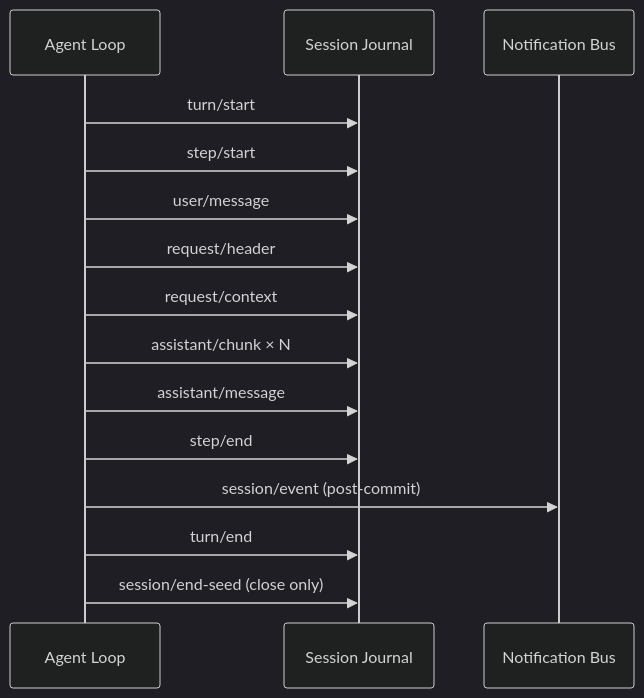
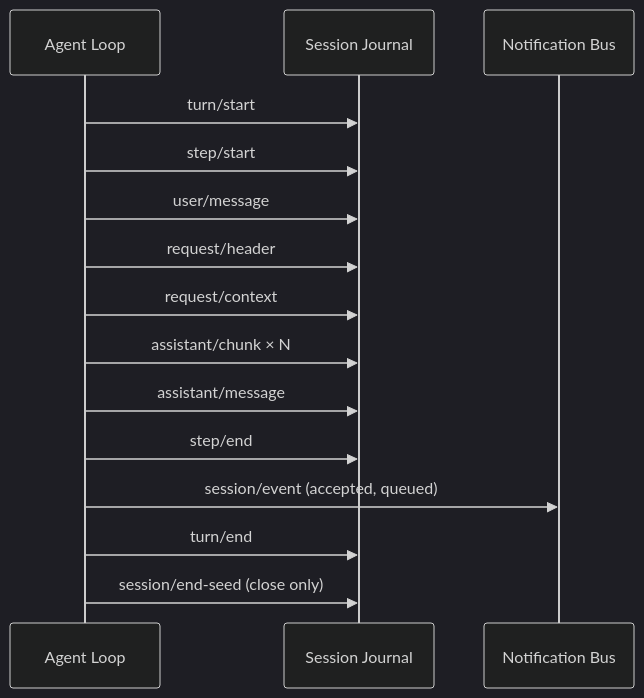
Before and after one commit to WakeUp-Jin/actspace-agent: the first of 2 diagrams in docs/design-docs/agent-plugin-runtime/agent-spec-dsh-event-model.md, drawn with Mermaid (dark theme). The commit also changed other lines of this file and 45 other files, not shown here.

````diff
--- a/docs/design-docs/agent-plugin-runtime/agent-spec-dsh-event-model.md
+++ b/docs/design-docs/agent-plugin-runtime/agent-spec-dsh-event-model.md
@@ -52,17 +55,17 @@
 ```mermaid
 sequenceDiagram
     participant A as Agent Loop
     participant J as Session Journal
     participant N as Notification Bus
     A->>J: turn/start
     A->>J: step/start
     A->>J: user/message
     A->>J: request/header
     A->>J: request/context
     A->>J: assistant/chunk × N
     A->>J: assistant/message
     A->>J: step/end
-    A->>N: session/event (post-commit)
+    A->>N: session/event (accepted, queued)
     A->>J: turn/end
     A->>J: session/end-seed (close only)
 ```
````
